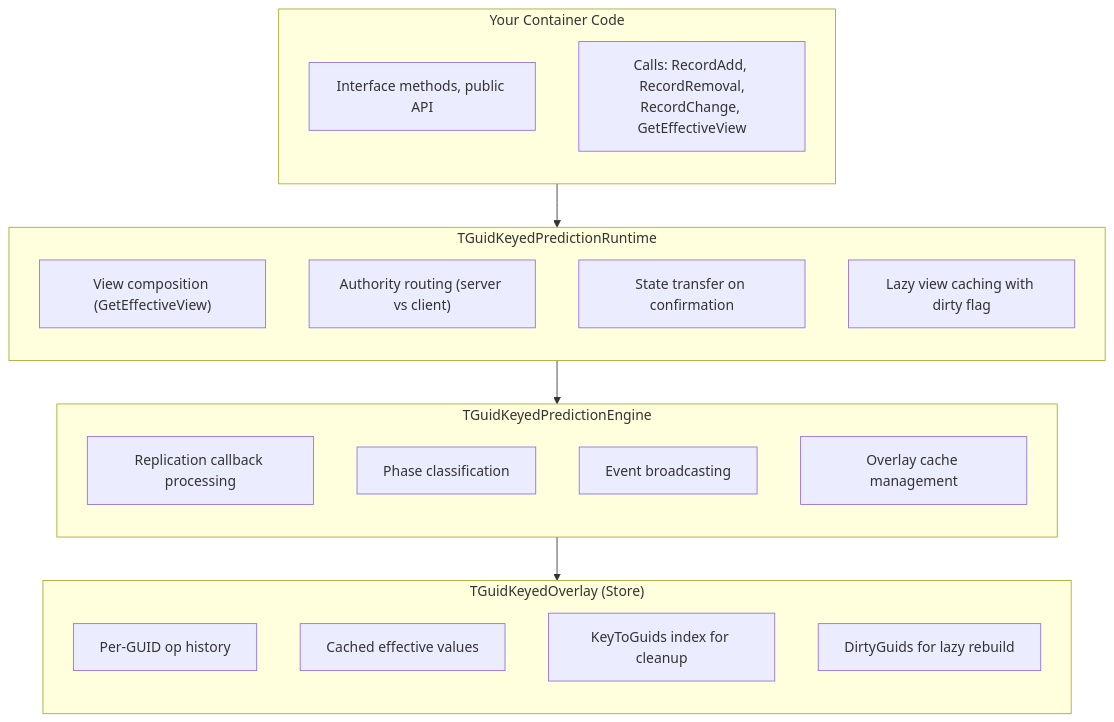
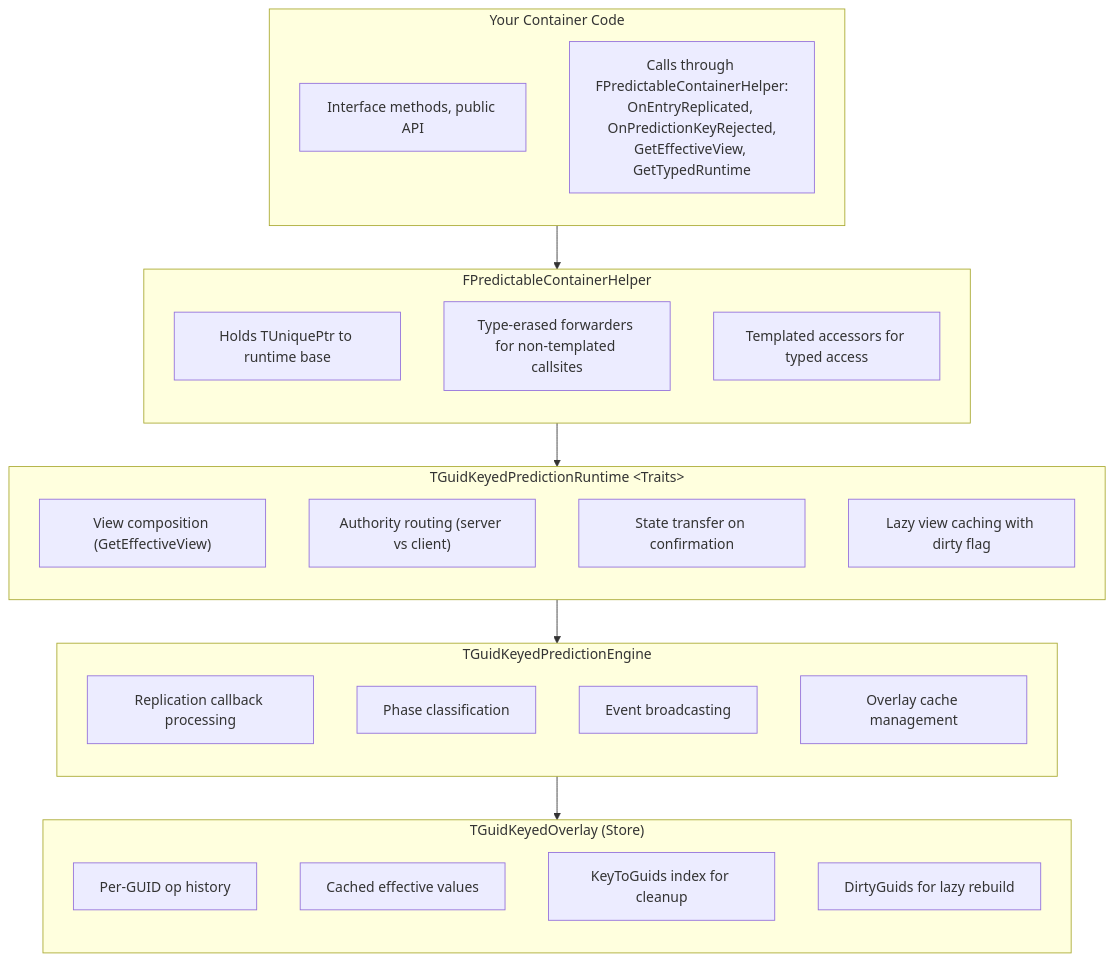
One commit to outliyr/outliyr-docs changed the first of 4 diagrams in outliyr-framework/docs/base-lyra-modified/item-container/prediction/prediction-architecture.md. Above: the diagram before and after it, drawn with Mermaid. The commit also changed other lines of this file and 1 other file, not shown here.

````diff
--- a/outliyr-framework/docs/base-lyra-modified/item-container/prediction/prediction-architecture.md
+++ b/outliyr-framework/docs/base-lyra-modified/item-container/prediction/prediction-architecture.md
@@ -25,36 +19,44 @@
 ```mermaid
 flowchart TB
     subgraph Container["Your Container Code"]
         direction TB
         C1["Interface methods, public API"]
-        C2["Calls: RecordAdd, RecordRemoval,<br/>RecordChange, GetEffectiveView"]
+        C2["Calls through FPredictableContainerHelper:<br/>OnEntryReplicated, OnPredictionKeyRejected,<br/>GetEffectiveView, GetTypedRuntime"]
     end
 
-    subgraph Runtime["TGuidKeyedPredictionRuntime"]
+    subgraph Helper["FPredictableContainerHelper"]
+        direction TB
+        H1["Holds TUniquePtr to runtime base"]
+        H2["Type-erased forwarders for non-templated callsites"]
+        H3["Templated accessors for typed access"]
+    end
+
+    subgraph Runtime["TGuidKeyedPredictionRuntime &lt;Traits&gt;"]
         direction TB
         R1["View composition (GetEffectiveView)"]
         R2["Authority routing (server vs client)"]
         R3["State transfer on confirmation"]
         R4["Lazy view caching with dirty flag"]
     end
 
     subgraph Engine["TGuidKeyedPredictionEngine"]
         direction TB
         E1["Replication callback processing"]
         E2["Phase classification"]
         E3["Event broadcasting"]
         E4["Overlay cache management"]
     end
 
     subgraph Store["TGuidKeyedOverlay (Store)"]
         direction TB
         S1["Per-GUID op history"]
         S2["Cached effective values"]
         S3["KeyToGuids index for cleanup"]
         S4["DirtyGuids for lazy rebuild"]
     end
 
-    Container --> Runtime
+    Container --> Helper
+    Helper --> Runtime
     Runtime --> Engine
     Engine --> Store
 ```
````
